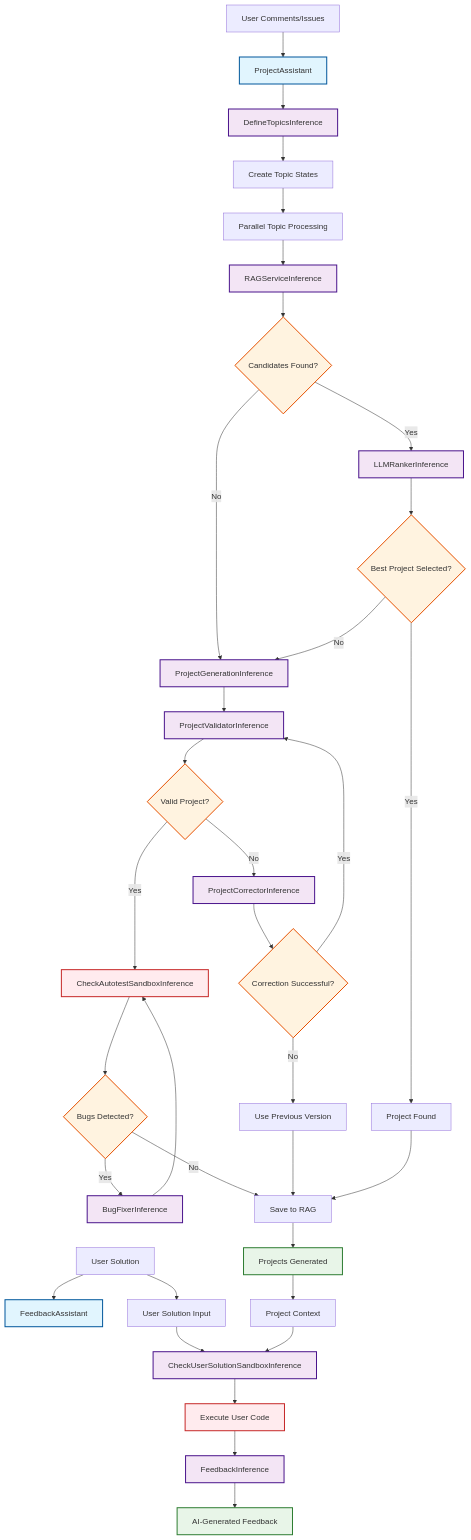
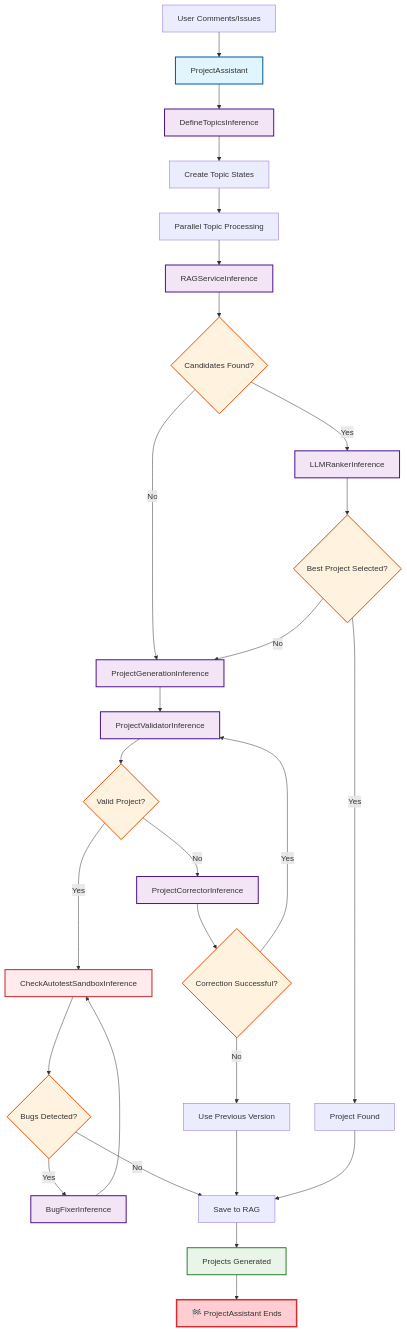
Before and after one commit to AaLexUser/AI-micro-project-generator: the first of 2 diagrams in README.md, drawn with Mermaid. The commit also changed other lines of this file, not shown here.

First line of the commit message:
Refactor README to clarify two-phase architecture of AI assistants

````diff
--- a/README.md
+++ b/README.md
@@ -323,62 +325,55 @@
 ```mermaid
 graph TD
     %% Input Layer
     A[User Comments/Issues] --> B[ProjectAssistant]
-    C[User Solution] --> D[FeedbackAssistant]
 
     %% ProjectAssistant Pipeline
     B --> E[DefineTopicsInference]
     E --> F[Create Topic States]
     F --> G[Parallel Topic Processing]
 
     %% Topic Processing Branch (for each topic)
     G --> H[RAGServiceInference]
     H --> I{Candidates Found?}
     I -->|Yes| J[LLMRankerInference]
     I -->|No| K[ProjectGenerationInference]
     J --> L{Best Project Selected?}
     L -->|No| K
     L -->|Yes| M[Project Found]
 
     %% Project Generation & Validation Branch
     K --> N[ProjectValidatorInference]
     N --> O{Valid Project?}
     O -->|No| P[ProjectCorrectorInference]
     P --> Q{Correction Successful?}
     Q -->|Yes| N
     Q -->|No| R[Use Previous Version]
     O -->|Yes| S[CheckAutotestSandboxInference]
 
     %% Bug Fixing Loop
     S --> T{Bugs Detected?}
     T -->|Yes| U[BugFixerInference]
     U --> S
     T -->|No| V[Save to RAG]
     R --> V
     M --> V
 
     %% Final Output
     V --> W[Projects Generated]
-
-    %% FeedbackAssistant Pipeline
-    C --> X[User Solution Input]
-    W --> Y[Project Context]
-    X --> Z[CheckUserSolutionSandboxInference]
-    Y --> Z
-    Z --> AA[Execute User Code]
-    AA --> BB[FeedbackInference]
-    BB --> CC[AI-Generated Feedback]
+    W --> X[🏁 ProjectAssistant Ends]
 
     %% Styling
     classDef assistantClass fill:#e1f5fe,stroke:#01579b,stroke-width:2px
     classDef inferenceClass fill:#f3e5f5,stroke:#4a148c,stroke-width:2px
     classDef decisionClass fill:#fff3e0,stroke:#e65100,stroke-width:2px
     classDef outputClass fill:#e8f5e8,stroke:#2e7d32,stroke-width:2px
     classDef sandboxClass fill:#ffebee,stroke:#c62828,stroke-width:2px
+    classDef endClass fill:#ffcdd2,stroke:#d32f2f,stroke-width:3px
 
-    class B,D assistantClass
-    class E,H,J,K,N,P,U,Z,BB inferenceClass
+    class B assistantClass
+    class E,H,J,K,N,P,U inferenceClass
     class I,L,O,Q,T decisionClass
-    class W,CC outputClass
-    class AA,S sandboxClass
+    class W outputClass
+    class S sandboxClass
+    class X endClass
 ```
````
